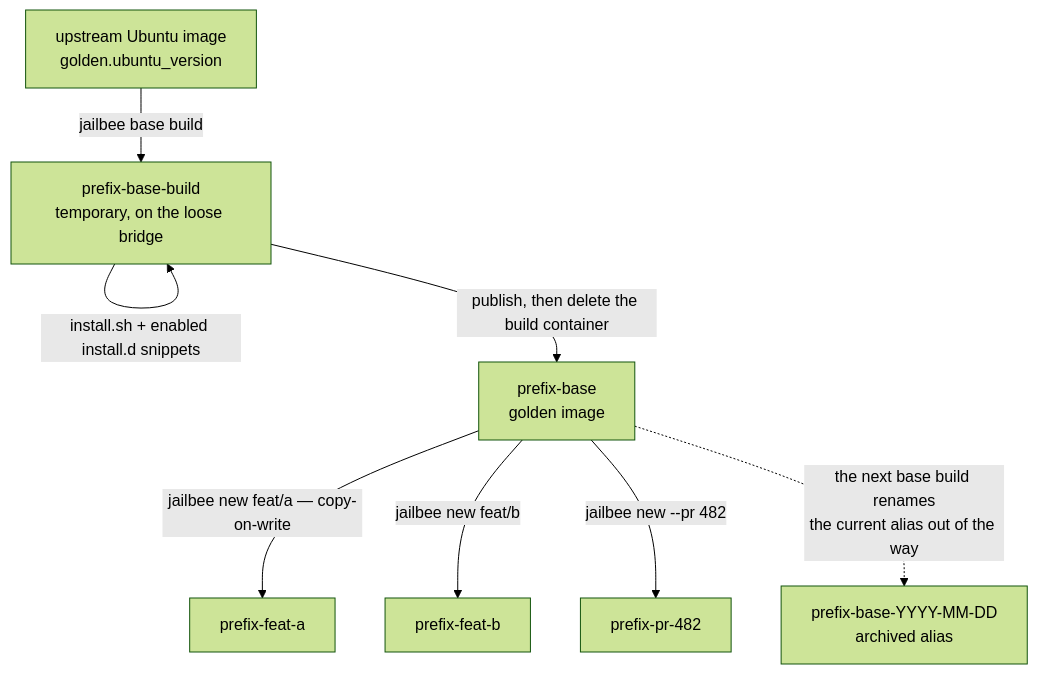
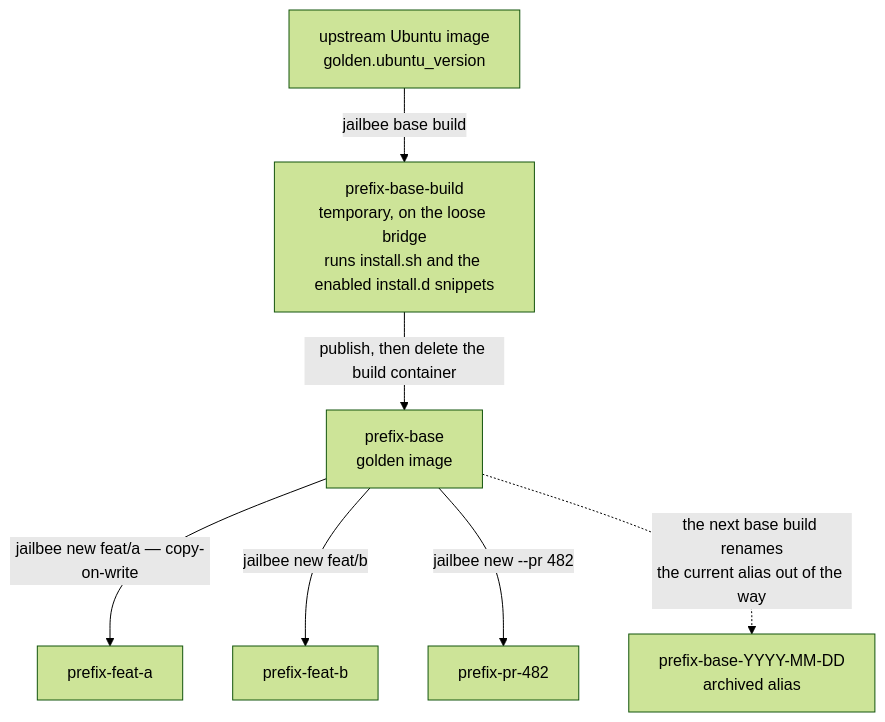
The first of 3 diagrams in docs/architecture.md (VRTFinland/jailbee), drawn with Mermaid (forest theme) before and after one commit. The commit also changed other lines of this file and 2 other files, not shown here.

First line of the commit message:
fix(docs): repair what rendering the mermaid diagrams actually showed

````diff
--- a/docs/architecture.md
+++ b/docs/architecture.md
@@ -22,18 +22,17 @@
 ```mermaid
 flowchart TB
     UB["upstream Ubuntu image<br>golden.ubuntu_version"]
-    BUILD["prefix-base-build<br>temporary, on the loose bridge"]
+    BUILD["prefix-base-build<br>temporary, on the loose bridge<br>runs install.sh and the enabled install.d snippets"]
     IMG["prefix-base<br>golden image"]
     C1["prefix-feat-a"]
     C2["prefix-feat-b"]
     C3["prefix-pr-482"]
     OLD["prefix-base-YYYY-MM-DD<br>archived alias"]
 
     UB -->|"jailbee base build"| BUILD
-    BUILD -->|"install.sh + enabled install.d snippets"| BUILD
     BUILD -->|"publish, then delete the build container"| IMG
     IMG -->|"jailbee new feat/a — copy-on-write"| C1
     IMG -->|"jailbee new feat/b"| C2
     IMG -->|"jailbee new --pr 482"| C3
     IMG -.->|"the next base build renames<br>the current alias out of the way"| OLD
 ```
````
